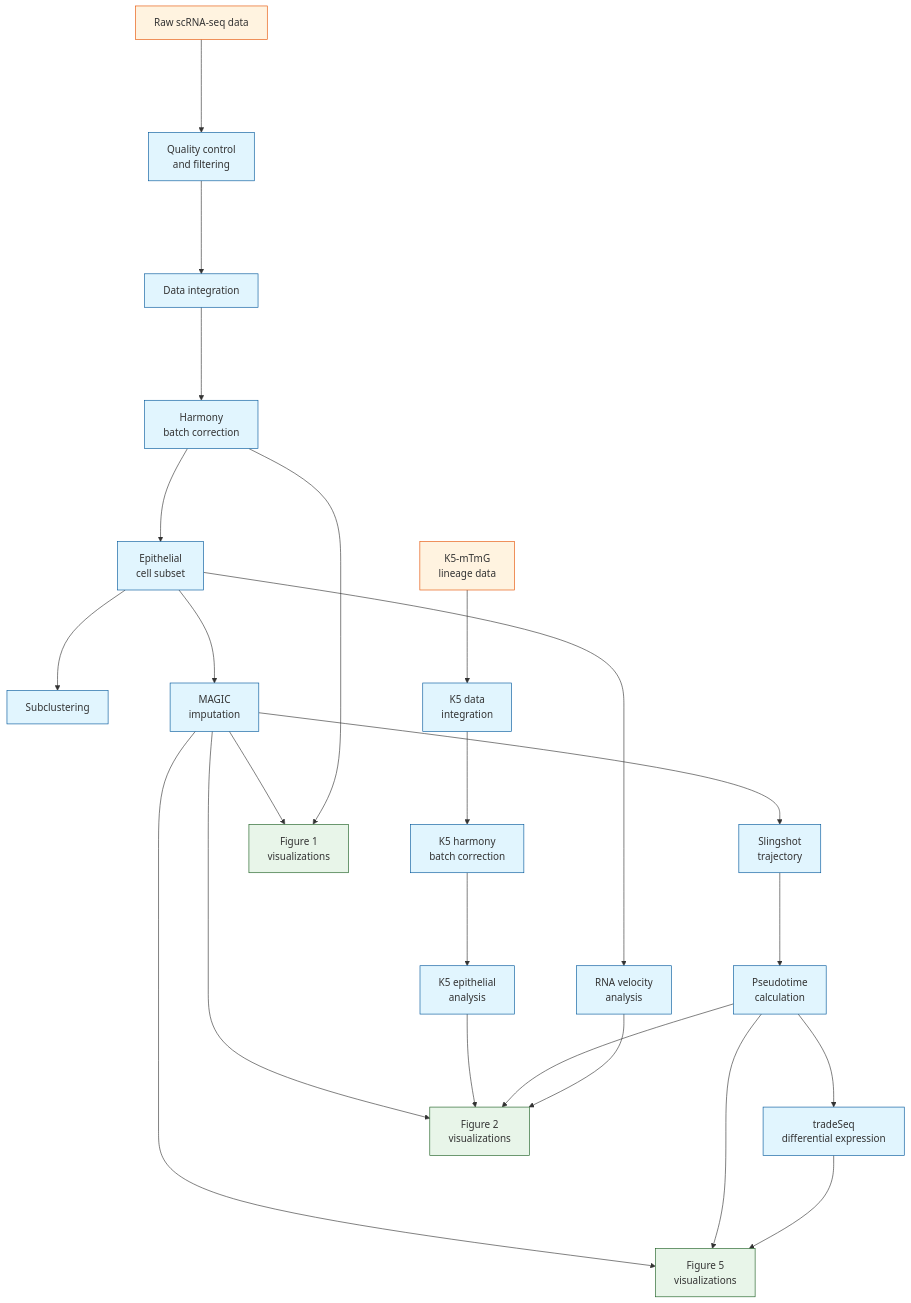
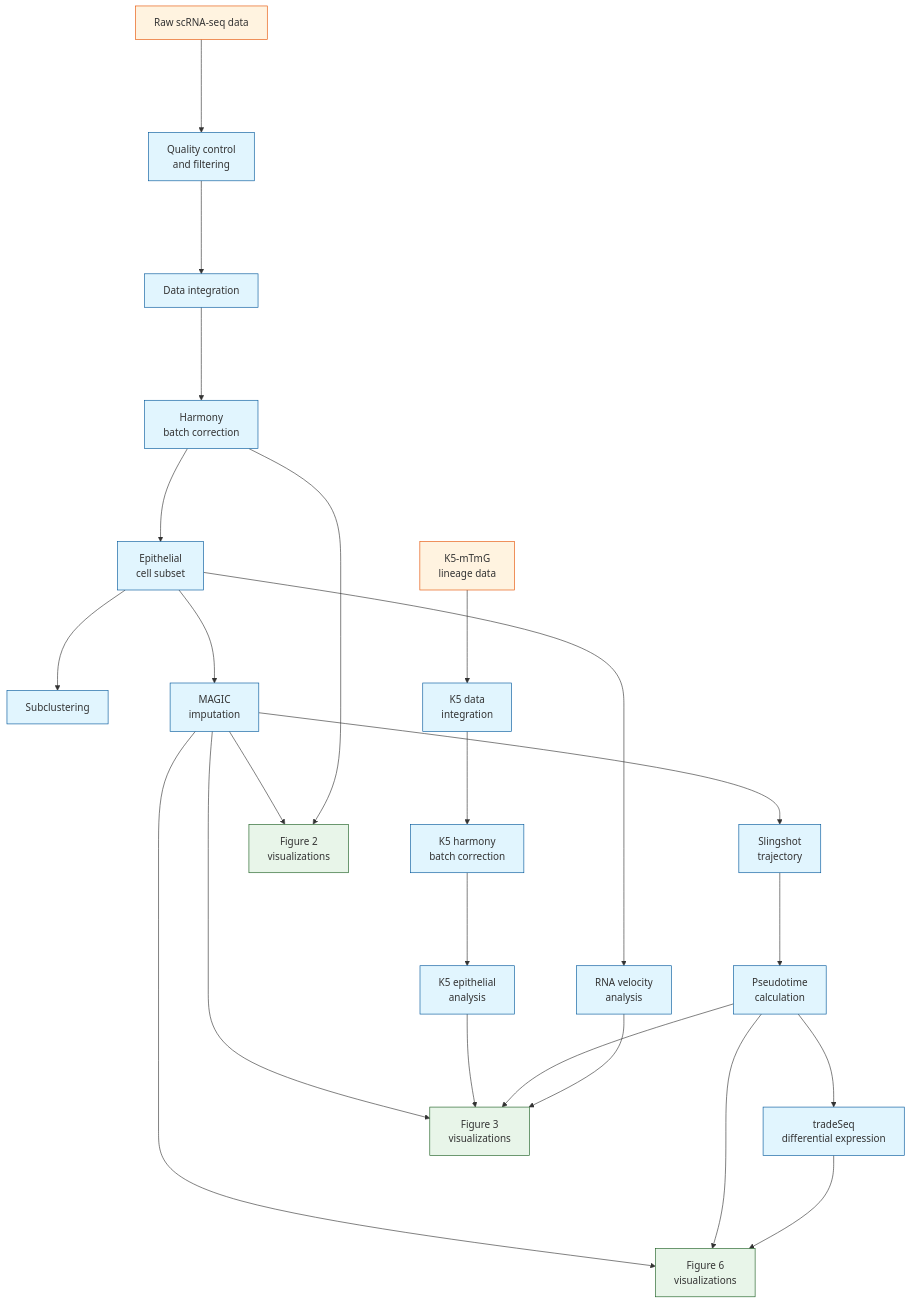
One commit to Badgerliu/JE_paper changed the diagram in JE_paper_scRNA_related_analysis_plot_data_flow.md. Above: the diagram before and after it, drawn with Mermaid. The commit also changed other lines of this file and 44 other files, not shown here.

First line of the commit message:
重新排列论文图表编号：Figure1→2, Figure2→3, Figure4→5, Figure5→6

````diff
--- a/JE_paper_scRNA_related_analysis_plot_data_flow.md
+++ b/JE_paper_scRNA_related_analysis_plot_data_flow.md
@@ -101,51 +101,51 @@
 ```mermaid
 %%{init: {'flowchart': {'nodeSpacing': 100, 'rankSpacing': 150}}}%%
 graph TB
     %% Initial data processing
     raw_data[Raw scRNA-seq data] --> qc[Quality control<br/>and filtering]
     qc --> integration[Data integration]
     integration --> harmony[Harmony<br/>batch correction]
     
     %% Epithelial analysis branch
     harmony --> epi_subset[Epithelial<br/>cell subset]
     epi_subset --> subclustering[Subclustering]
     
     %% MAGIC imputation branch
     epi_subset --> magic[MAGIC<br/>imputation]
     
     %% Trajectory analysis branch
     magic --> slingshot[Slingshot<br/>trajectory]
     slingshot --> pseudotime[Pseudotime<br/>calculation]
     pseudotime --> tradeseq[tradeSeq<br/>differential expression]
     
     %% K5 lineage branch
     k5_data[K5-mTmG<br/>lineage data] --> k5_integration[K5 data<br/>integration]
     k5_integration --> k5_harmony[K5 harmony<br/>batch correction]
     k5_harmony --> k5_epi[K5 epithelial<br/>analysis]
     
     %% RNA velocity branch
     epi_subset --> velocity[RNA velocity<br/>analysis]
     
     %% Figure outputs
-    magic --> fig1[Figure 1<br/>visualizations]
-    harmony --> fig1
+    magic --> fig2[Figure 2<br/>visualizations]
+    harmony --> fig2
     
-    magic --> fig2[Figure 2<br/>visualizations]
-    k5_epi --> fig2
-    pseudotime --> fig2
-    velocity --> fig2
+    magic --> fig3[Figure 3<br/>visualizations]
+    k5_epi --> fig3
+    pseudotime --> fig3
+    velocity --> fig3
     
-    magic --> fig5[Figure 5<br/>visualizations]
-    pseudotime --> fig5
-    tradeseq --> fig5
+    magic --> fig6[Figure 6<br/>visualizations]
+    pseudotime --> fig6
+    tradeseq --> fig6
     
     %% Style settings
     classDef process fill:#e1f5fe,stroke:#01579b;
     classDef data fill:#f3e5f5,stroke:#4a148c;
     classDef input fill:#fff3e0,stroke:#e65100;
     classDef output fill:#e8f5e9,stroke:#1b5e20;
     
     class raw_data,k5_data input;
     class qc,integration,harmony,epi_subset,subclustering,magic,slingshot,pseudotime,tradeseq,k5_integration,k5_harmony,k5_epi,velocity process;
-    class fig1,fig2,fig5 output;
+    class fig2,fig3,fig6 output;
 ```
````
